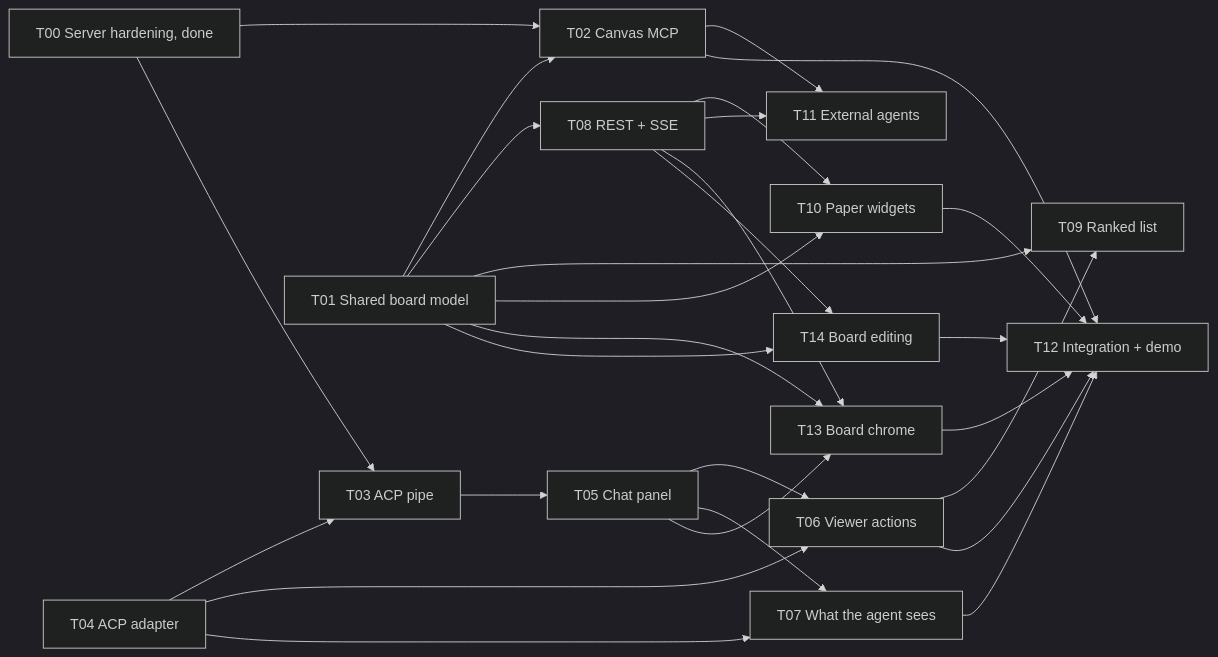
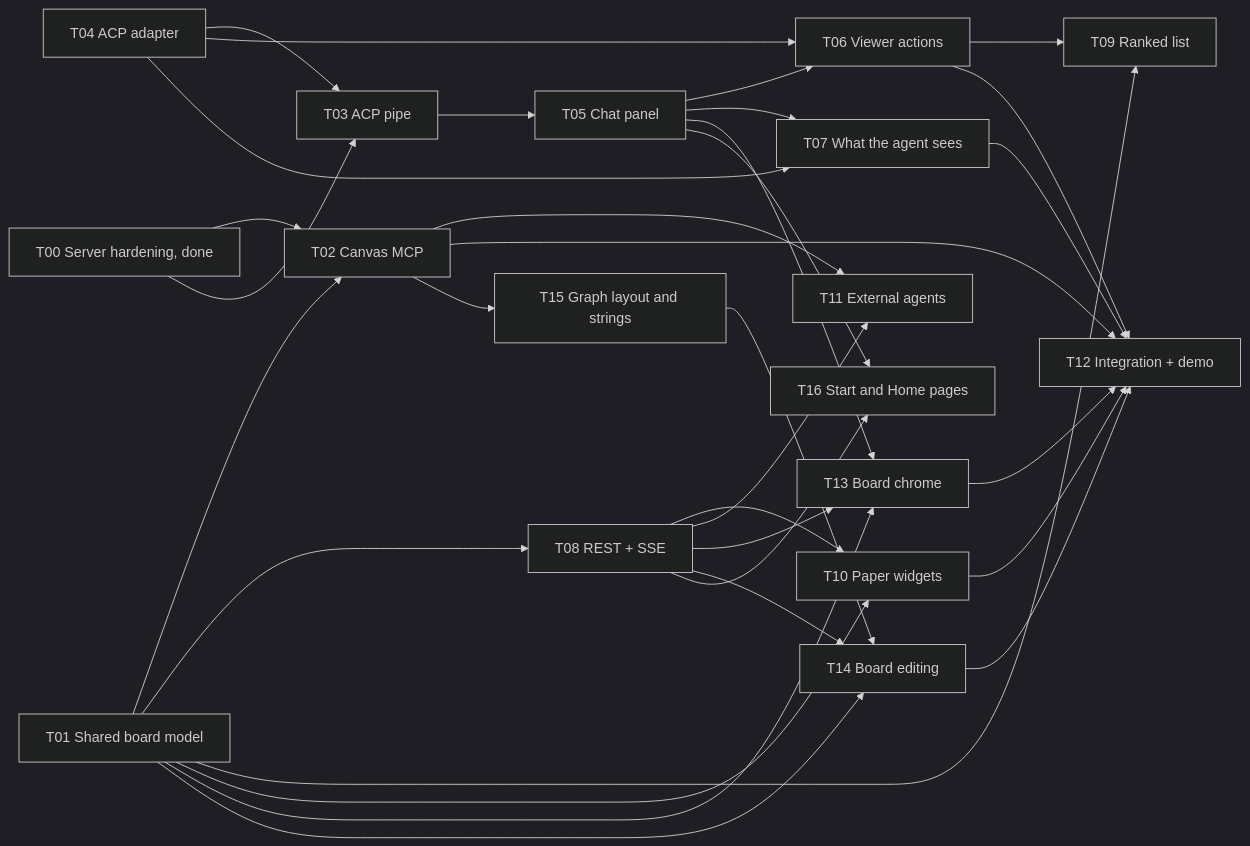
The first of 3 diagrams in docs/wps/tldraw-integration/README.md (kmariuszk/nebius-hackathon), drawn with Mermaid (dark theme) before and after one commit. The commit also changed other lines of this file and 27 other files, not shown here.

````diff
--- a/docs/wps/tldraw-integration/README.md
+++ b/docs/wps/tldraw-integration/README.md
@@ -76,30 +99,34 @@
 ```mermaid
 flowchart LR
   T00["T00 Server hardening, done"] --> T02
   T00 --> T03
   T01["T01 Shared board model"] --> T02["T02 Canvas MCP"]
   T01 --> T08["T08 REST + SSE"]
   T04["T04 ACP adapter"] --> T03["T03 ACP pipe"]
   T03 --> T05["T05 Chat panel"]
   T04 --> T06["T06 Viewer actions"]
   T05 --> T06
   T04 --> T07["T07 What the agent sees"]
   T05 --> T07
   T01 --> T09["T09 Ranked list"]
   T06 --> T09
   T08 --> T10["T10 Paper widgets"]
   T01 --> T10
   T02 --> T11["T11 External agents"]
   T08 --> T11
   T02 --> T12["T12 Integration + demo"]
   T06 --> T12
   T07 --> T12
   T10 --> T12
   T01 --> T13["T13 Board chrome"]
   T05 --> T13
   T08 --> T13
   T01 --> T14["T14 Board editing"]
   T08 --> T14
   T13 --> T12
   T14 --> T12
+  T02 --> T15["T15 Graph layout and strings"]
+  T15 --> T14
+  T05 --> T16["T16 Start and Home pages"]
+  T08 --> T16
 ```
````
